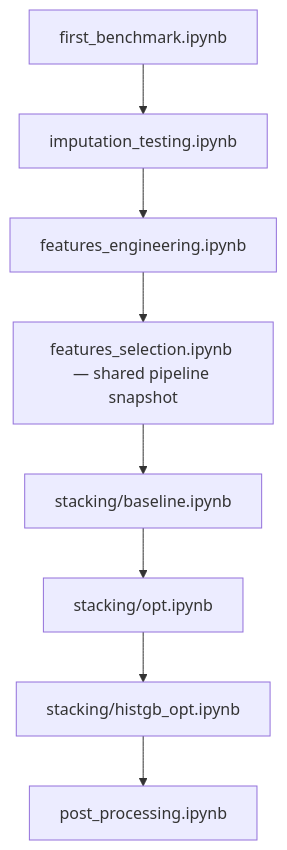
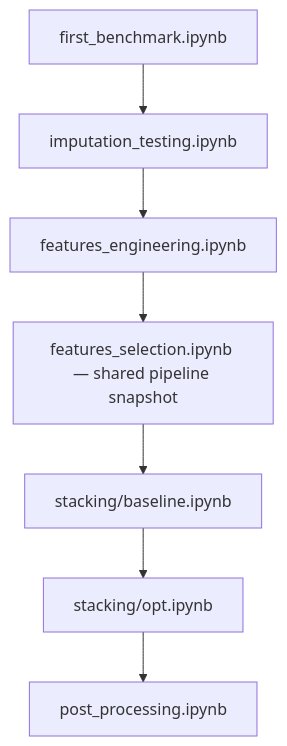
One commit to luc-polo/Challenge_Parkinson_disease changed the diagram in README_REPO.md. Above: the diagram before and after it, drawn with Mermaid. The commit also changed other lines of this file and 12 other files, not shown here.

````diff
--- a/README_REPO.md
+++ b/README_REPO.md
@@ -24,10 +24,9 @@
 ```mermaid
 flowchart TD
     benchmark["first_benchmark.ipynb"] --> imputation["imputation_testing.ipynb"]
     imputation --> features["features_engineering.ipynb"]
     features --> snapshot["features_selection.ipynb — shared pipeline snapshot"]
     snapshot --> baseline["stacking/baseline.ipynb"]
     baseline --> encoder["stacking/opt.ipynb"]
-    encoder --> histgb["stacking/histgb_opt.ipynb"]
-    histgb --> post["post_processing.ipynb"]
+    encoder --> post["post_processing.ipynb"]
 ```
````
